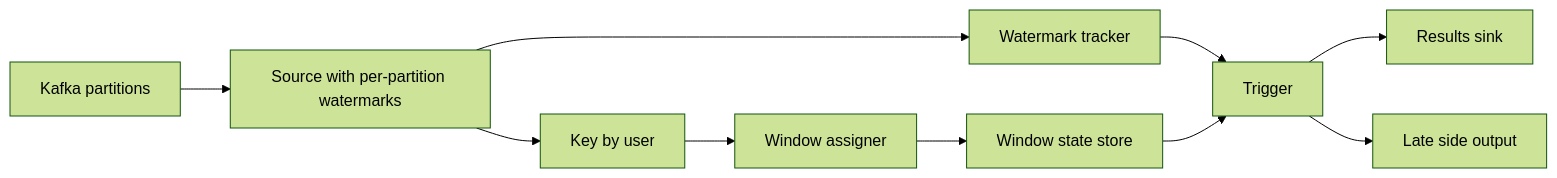
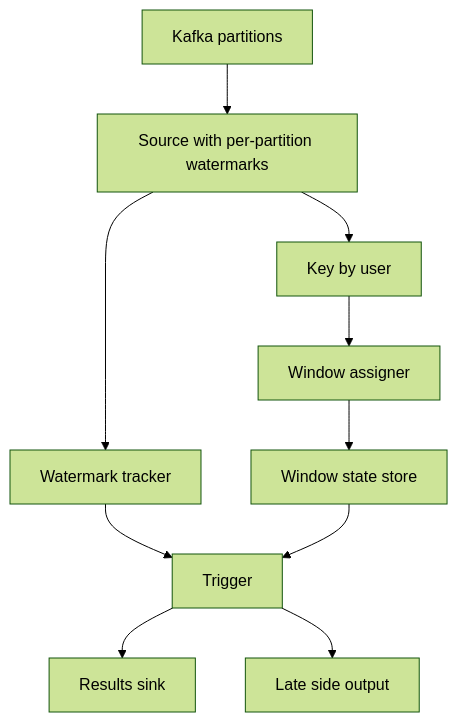
One commit to vsns11/interview_notes changed diagram 46 of 53 in ddia/capstones/CAPSTONES.md. Above: the diagram before and after it, drawn with Mermaid (forest theme). The commit also changed other lines of this file and 1 other file, not shown here.

````diff
--- a/ddia/capstones/CAPSTONES.md
+++ b/ddia/capstones/CAPSTONES.md
@@ -3587,12 +3587,12 @@
 ```mermaid
-flowchart LR
+flowchart TD
   K["Kafka partitions"] --> SRC["Source with per-partition watermarks"]
   SRC --> KB["Key by user"]
   KB --> WA["Window assigner"]
   WA --> ST["Window state store"]
   WM["Watermark tracker"] --> TR["Trigger"]
   ST --> TR
   TR --> OUT["Results sink"]
   TR --> LATE["Late side output"]
   SRC --> WM
 ```
````
